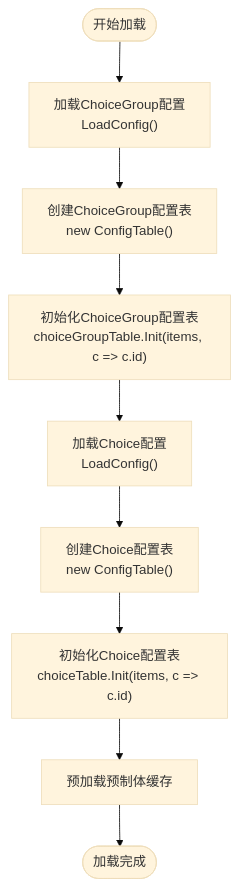
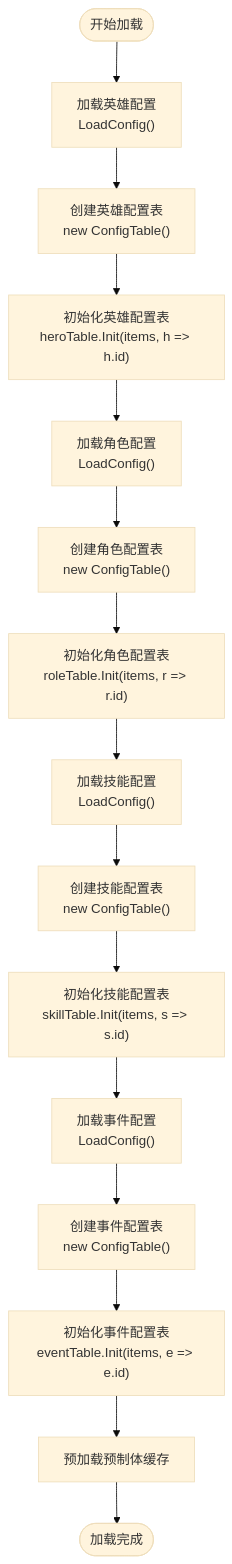
Before and after one commit to Tuusen/p1_client: the third of 4 diagrams in .qoder/repowiki/zh/content/配置管理系统/配置管理系统.md, drawn with Mermaid (base theme). The commit also changed other lines of this file and 13 other files, not shown here.

````diff
--- a/.qoder/repowiki/zh/content/配置管理系统/配置管理系统.md
+++ b/.qoder/repowiki/zh/content/配置管理系统/配置管理系统.md
@@ -205,11 +317,17 @@
 ```mermaid
 flowchart TD
-Start(["开始加载"]) --> LoadChoiceGroup["加载ChoiceGroup配置<br/>LoadConfig<ChoiceGroupConfigData>()"]
-LoadChoiceGroup --> CreateChoiceGroupTable["创建ChoiceGroup配置表<br/>new ConfigTable<ChoiceGroupConfig>()"]
-CreateChoiceGroupTable --> InitChoiceGroupTable["初始化ChoiceGroup配置表<br/>choiceGroupTable.Init(items, c => c.id)"]
-InitChoiceGroupTable --> LoadChoice["加载Choice配置<br/>LoadConfig<ChoiceConfigData>()"]
-LoadChoice --> CreateChoiceTable["创建Choice配置表<br/>new ConfigTable<ChoiceConfig>()"]
-CreateChoiceTable --> InitChoiceTable["初始化Choice配置表<br/>choiceTable.Init(items, c => c.id)"]
-InitChoiceTable --> CachePrefabs["预加载预制体缓存"]
+Start(["开始加载"]) --> LoadHero["加载英雄配置<br/>LoadConfig<HeroConfigData>()"]
+LoadHero --> CreateHeroTable["创建英雄配置表<br/>new ConfigTable<HeroConfig>()"]
+CreateHeroTable --> InitHeroTable["初始化英雄配置表<br/>heroTable.Init(items, h => h.id)"]
+InitHeroTable --> LoadRole["加载角色配置<br/>LoadConfig<RoleConfigData>()"]
+LoadRole --> CreateRoleTable["创建角色配置表<br/>new ConfigTable<RoleConfig>()"]
+CreateRoleTable --> InitRoleTable["初始化角色配置表<br/>roleTable.Init(items, r => r.id)"]
+InitRoleTable --> LoadSkill["加载技能配置<br/>LoadConfig<SkillConfigData>()"]
+LoadSkill --> CreateSkillTable["创建技能配置表<br/>new ConfigTable<SkillConfig>()"]
+CreateSkillTable --> InitSkillTable["初始化技能配置表<br/>skillTable.Init(items, s => s.id)"]
+InitSkillTable --> LoadEvent["加载事件配置<br/>LoadConfig<EventConfigData>()"]
+LoadEvent --> CreateEventTable["创建事件配置表<br/>new ConfigTable<EventConfig>()"]
+CreateEventTable --> InitEventTable["初始化事件配置表<br/>eventTable.Init(items, e => e.id)"]
+InitEventTable --> CachePrefabs["预加载预制体缓存"]
 CachePrefabs --> Done(["加载完成"])
 ```
````
